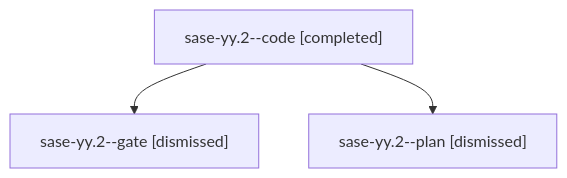
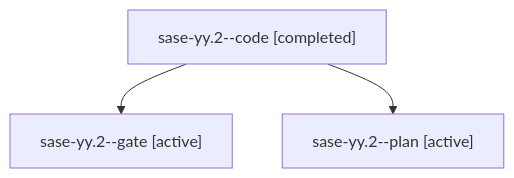
One commit to sase-org/sase--agents changed the diagram in families/bbugyi200.athena.sase-yy.2.md. Above: the diagram before and after it, drawn with Mermaid. The commit also changed other lines of this file and 35830 other files, not shown here.

````diff
--- a/families/bbugyi200.athena.sase-yy.2.md
+++ b/families/bbugyi200.athena.sase-yy.2.md
@@ -9,8 +9,8 @@
 ```mermaid
 flowchart TD
   n0["sase-yy.2--code [completed]"]
-  n1["sase-yy.2--gate [dismissed]"]
+  n1["sase-yy.2--gate [active]"]
   n0 --> n1
-  n2["sase-yy.2--plan [dismissed]"]
+  n2["sase-yy.2--plan [active]"]
   n0 --> n2
 ```
````
